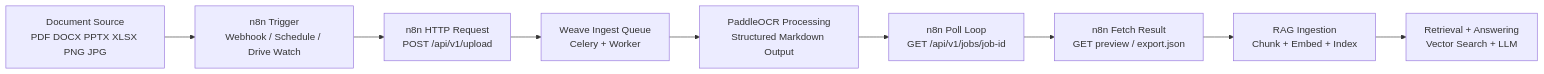
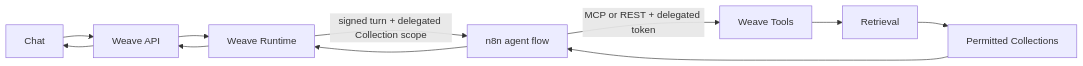
One commit to bl0rb/Weave changed the diagram in services/ingest/README.md. Above: the diagram before and after it, drawn with Mermaid. The commit also changed other lines of this file and 155 other files, not shown here.

````diff
--- a/services/ingest/README.md
+++ b/services/ingest/README.md
@@ -336,11 +340,13 @@
 ```mermaid
 flowchart LR
-   A[Document Source\nPDF DOCX PPTX XLSX PNG JPG] --> B[n8n Trigger\nWebhook / Schedule / Drive Watch]
-   B --> C[n8n HTTP Request\nPOST /api/v1/upload]
-   C --> D[Weave Ingest Queue\nCelery + Worker]
-   D --> E[PaddleOCR Processing\nStructured Markdown Output]
-   E --> F[n8n Poll Loop\nGET /api/v1/jobs/job-id]
-   F --> G[n8n Fetch Result\nGET preview / export.json]
-   G --> H[RAG Ingestion\nChunk + Embed + Index]
-   H --> I[Retrieval + Answering\nVector Search + LLM]
+   A[Chat] --> B[Weave API]
+   B --> C[Weave Runtime]
+   C -->|signed turn + delegated Collection scope| D[n8n agent flow]
+   D -->|MCP or REST + delegated token| E[Weave Tools]
+   E --> F[Retrieval]
+   F --> G[Permitted Collections]
+   G --> D
+   D --> C
+   C --> B
+   B --> A
 ```
````
